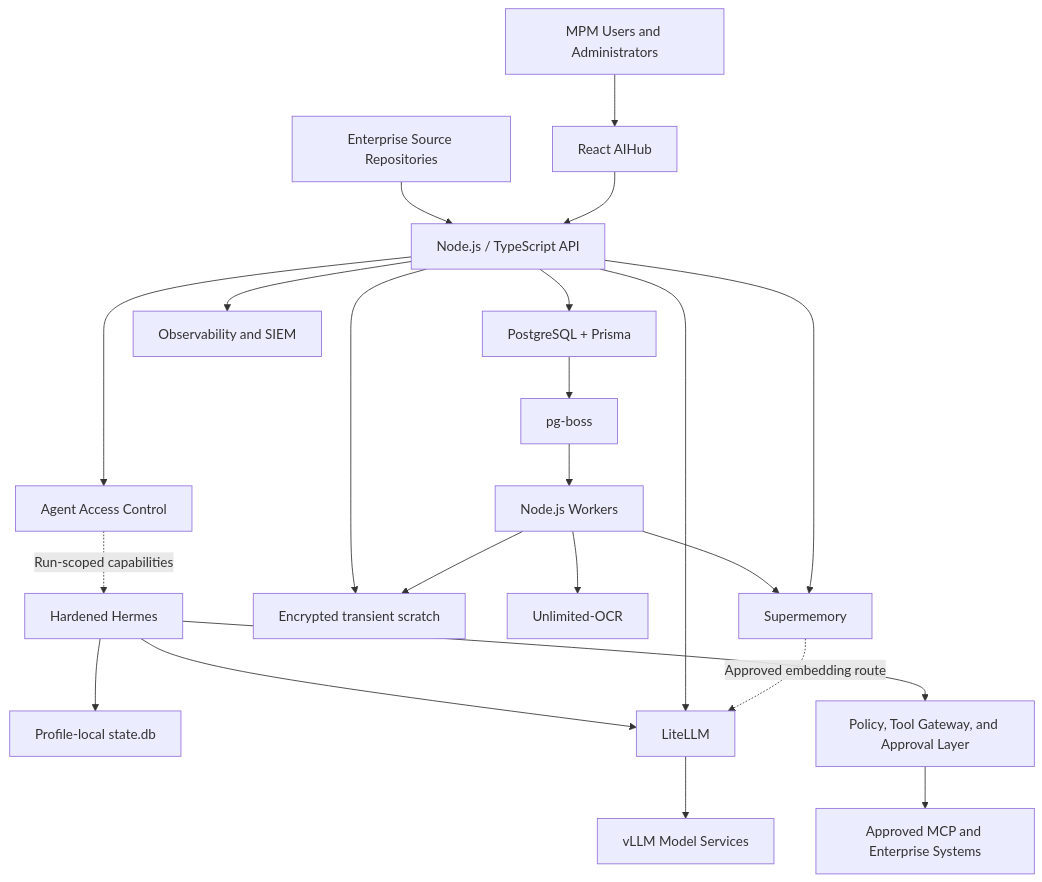
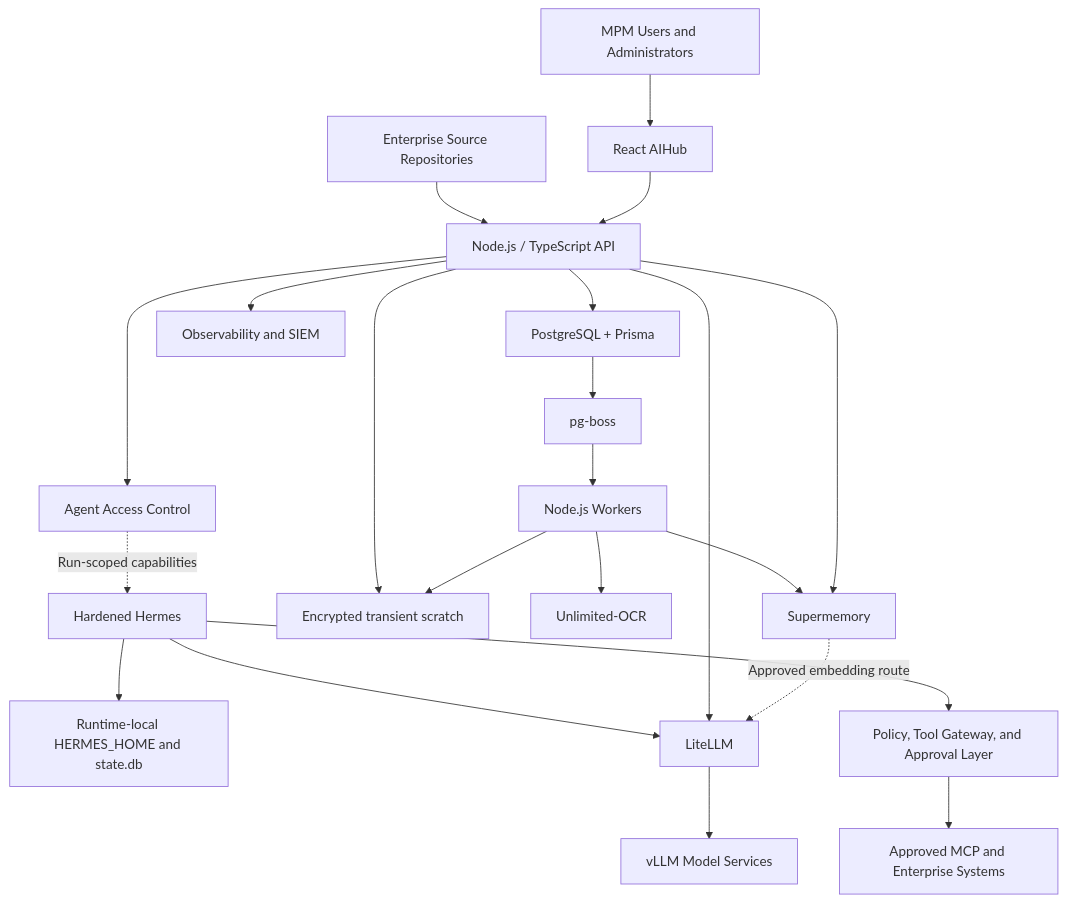
One commit to multichainerz/AI changed the diagram in docs/AIHUB_PRD.md. Above: the diagram before and after it, drawn with Mermaid. The commit also changed other lines of this file and 26 other files, not shown here.

````diff
--- a/docs/AIHUB_PRD.md
+++ b/docs/AIHUB_PRD.md
@@ -437,29 +437,29 @@
 ```mermaid
 flowchart TB
     U["MPM Users and Administrators"] --> W["React AIHub"]
     E["Enterprise Source Repositories"] --> A
     W --> A["Node.js / TypeScript API"]
 
     A --> P["PostgreSQL + Prisma"]
     P --> Q["pg-boss"]
     Q --> WK["Node.js Workers"]
 
     A --> C["Agent Access Control"]
     C -. "Run-scoped capabilities" .-> H["Hardened Hermes"]
-    H --> HS["Profile-local state.db"]
+    H --> HS["Runtime-local HERMES_HOME and state.db"]
     H --> G["Policy, Tool Gateway, and Approval Layer"]
     G --> MCP["Approved MCP and Enterprise Systems"]
 
     H --> L["LiteLLM"]
     A --> L
     L --> V["vLLM Model Services"]
 
     A --> T["Encrypted transient scratch"]
     WK --> T
     WK --> O["Unlimited-OCR"]
     WK --> M["Supermemory"]
     A --> M
     M -. "Approved embedding route" .-> L
 
     A --> OBS["Observability and SIEM"]
 ```
````
